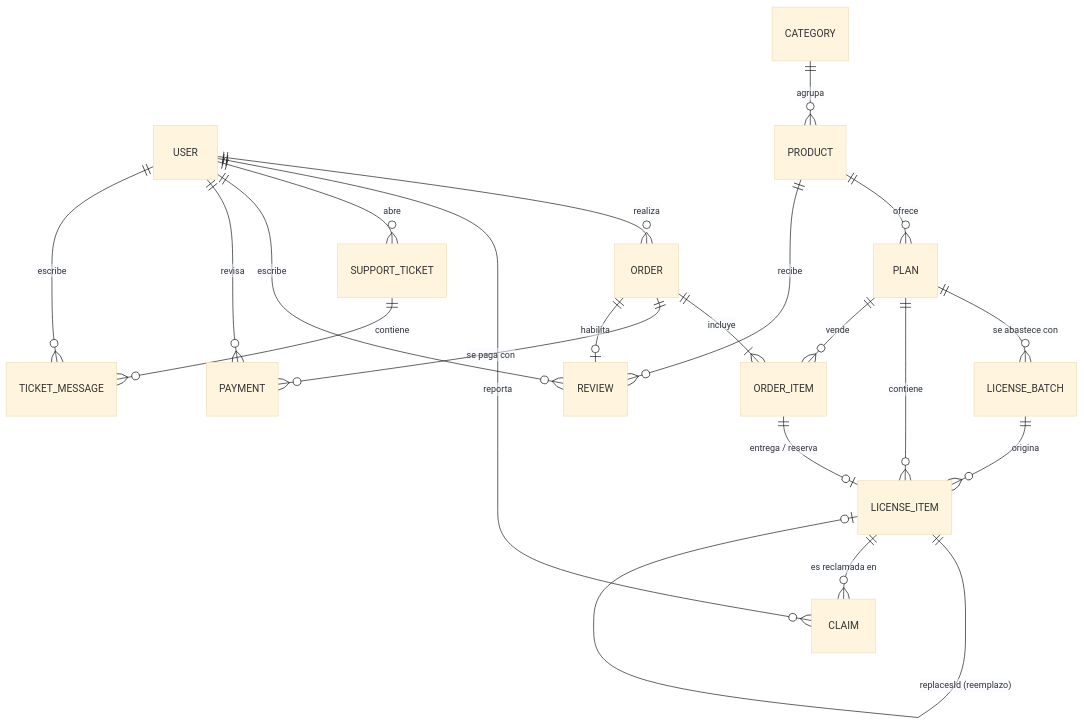
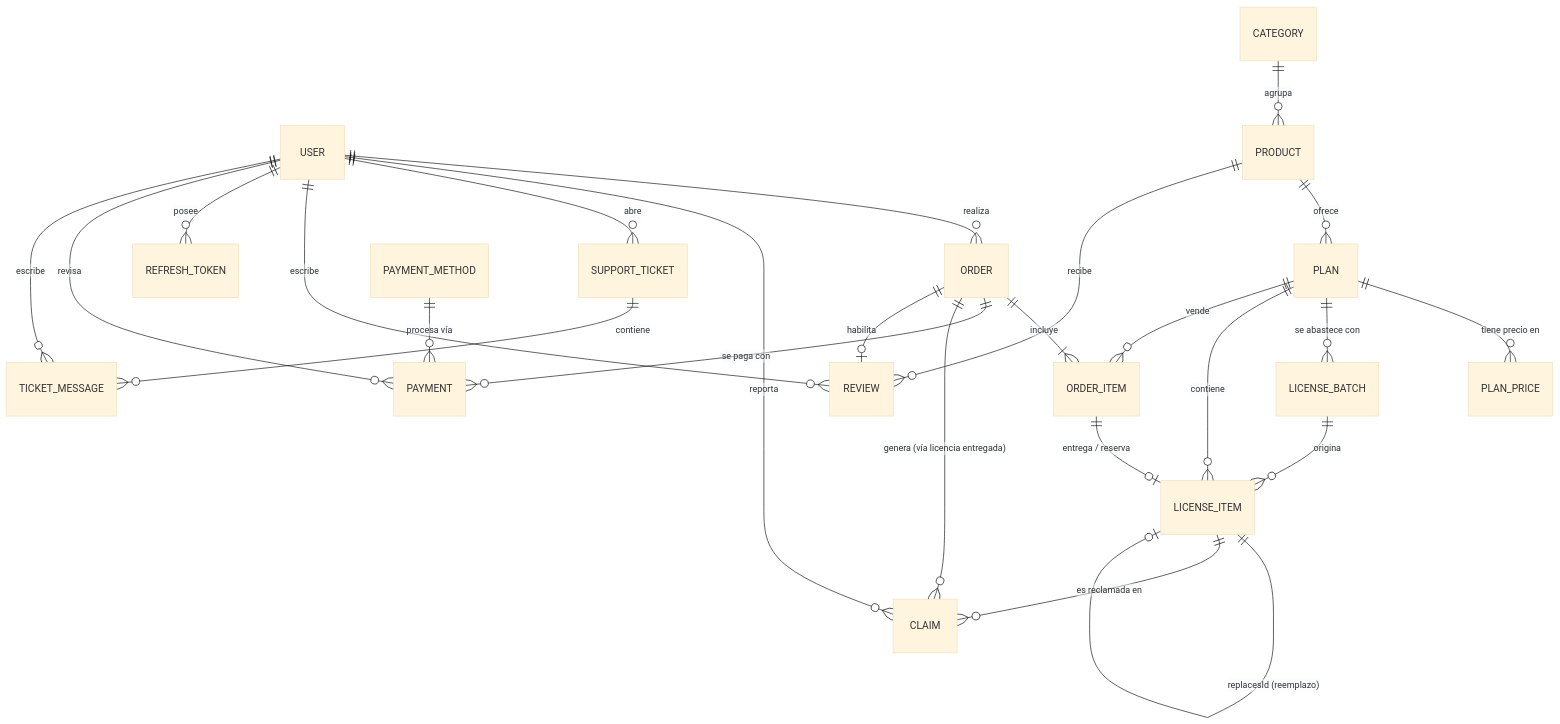
One commit to AlfredoNavarroDev/FreeCell changed the diagram in docs/05-modelo-de-datos.md. Above: the diagram before and after it, drawn with Mermaid (base theme). The commit also changed other lines of this file and 15 other files, not shown here.

````diff
--- a/docs/05-modelo-de-datos.md
+++ b/docs/05-modelo-de-datos.md
@@ -8,23 +10,27 @@
 ```mermaid
 erDiagram
   USER ||--o{ ORDER : realiza
   USER ||--o{ CLAIM : reporta
   USER ||--o{ SUPPORT_TICKET : abre
   USER ||--o{ REVIEW : escribe
+  USER ||--o{ REFRESH_TOKEN : posee
   CATEGORY ||--o{ PRODUCT : agrupa
   PRODUCT ||--o{ PLAN : ofrece
   PRODUCT ||--o{ REVIEW : recibe
+  PLAN ||--o{ PLAN_PRICE : "tiene precio en"
   PLAN ||--o{ LICENSE_BATCH : "se abastece con"
   PLAN ||--o{ LICENSE_ITEM : contiene
   LICENSE_BATCH ||--o{ LICENSE_ITEM : origina
   LICENSE_ITEM ||--o| LICENSE_ITEM : "replacesId (reemplazo)"
   ORDER ||--|{ ORDER_ITEM : incluye
   PLAN ||--o{ ORDER_ITEM : vende
   ORDER_ITEM ||--o| LICENSE_ITEM : "entrega / reserva"
   ORDER ||--o{ PAYMENT : "se paga con"
+  PAYMENT_METHOD ||--o{ PAYMENT : "procesa vía"
+  ORDER ||--o{ CLAIM : "genera (vía licencia entregada)"
   LICENSE_ITEM ||--o{ CLAIM : "es reclamada en"
   ORDER ||--o| REVIEW : habilita
   USER ||--o{ PAYMENT : revisa
   SUPPORT_TICKET ||--o{ TICKET_MESSAGE : contiene
   USER ||--o{ TICKET_MESSAGE : escribe
 ```
````
